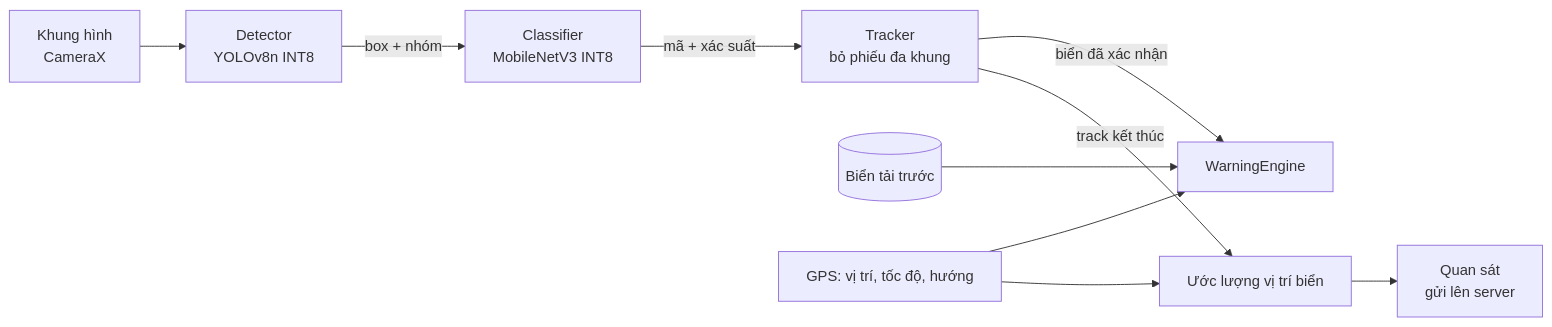
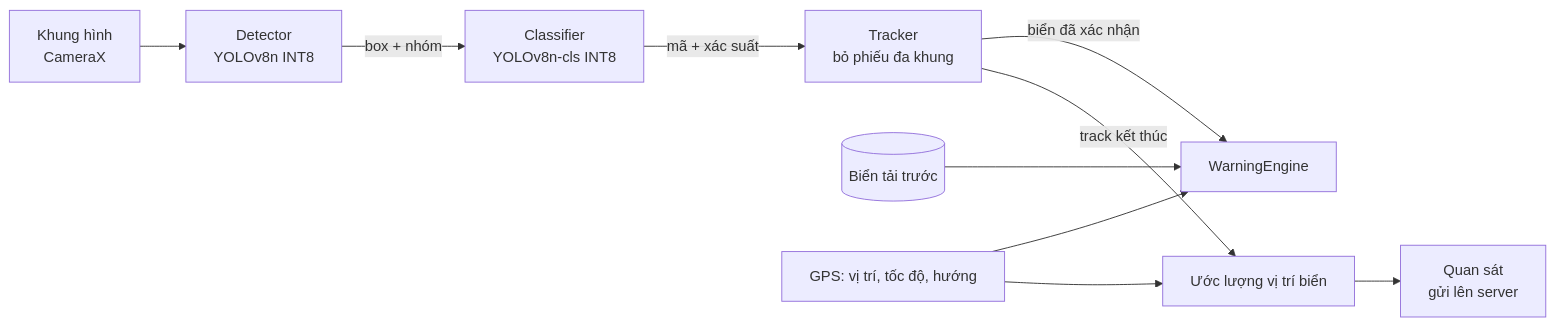
The first of 6 diagrams in docs/04-thiet-ke-ai.md (hana200804/DoAn), drawn with Mermaid before and after one commit. The commit also changed other lines of this file and 10 other files, not shown here.

````diff
--- a/docs/04-thiet-ke-ai.md
+++ b/docs/04-thiet-ke-ai.md
@@ -21,12 +21,12 @@
 ```mermaid
 flowchart LR
     F[Khung hình<br/>CameraX] --> D[Detector<br/>YOLOv8n INT8]
-    D -->|box + nhóm| C[Classifier<br/>MobileNetV3 INT8]
+    D -->|box + nhóm| C[Classifier<br/>YOLOv8n-cls INT8]
     C -->|mã + xác suất| T[Tracker<br/>bỏ phiếu đa khung]
     T -->|biển đã xác nhận| W[WarningEngine]
     P[(Biển tải trước)] --> W
     G[GPS: vị trí, tốc độ, hướng] --> W
     G --> L[Ước lượng vị trí biển]
     T -->|track kết thúc| L
     L --> O[Quan sát<br/>gửi lên server]
 ```
````
